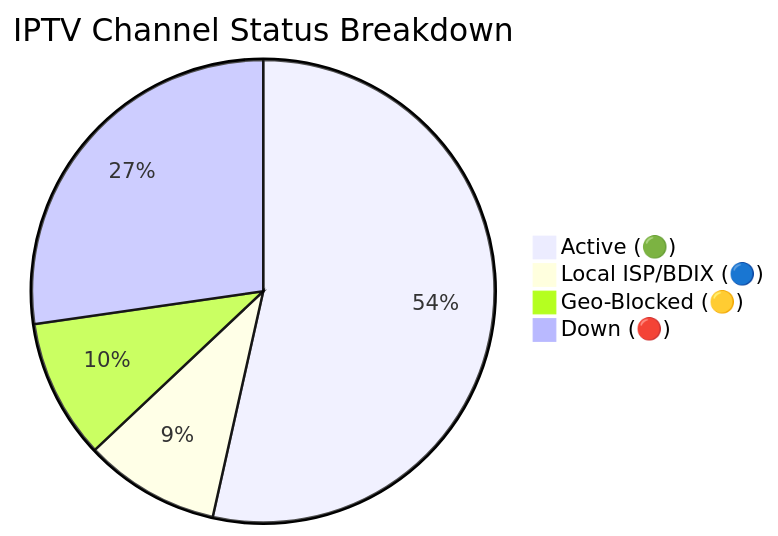
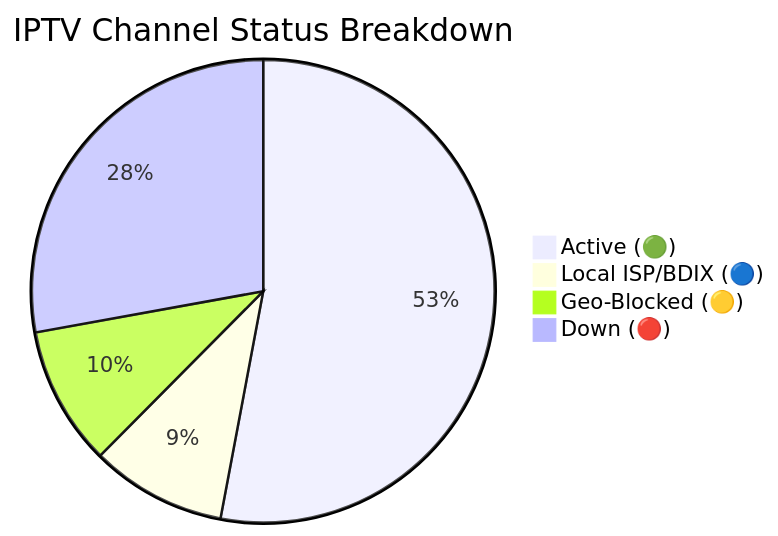
The diagram in README.md (f6388600-ai/Web), drawn with Mermaid before and after one commit. The commit also changed other lines of this file and 6 other files, not shown here.

````diff
--- a/README.md
+++ b/README.md
@@ -149,7 +149,7 @@
 ```mermaid
 pie title IPTV Channel Status Breakdown
-    "Active (🟢)" : 9172
-    "Local ISP/BDIX (🔵)" : 1623
-    "Geo-Blocked (🟡)" : 1672
-    "Down (🔴)" : 4675
+    "Active (🟢)" : 9079
+    "Local ISP/BDIX (🔵)" : 1624
+    "Geo-Blocked (🟡)" : 1666
+    "Down (🔴)" : 4774
 ```
````
